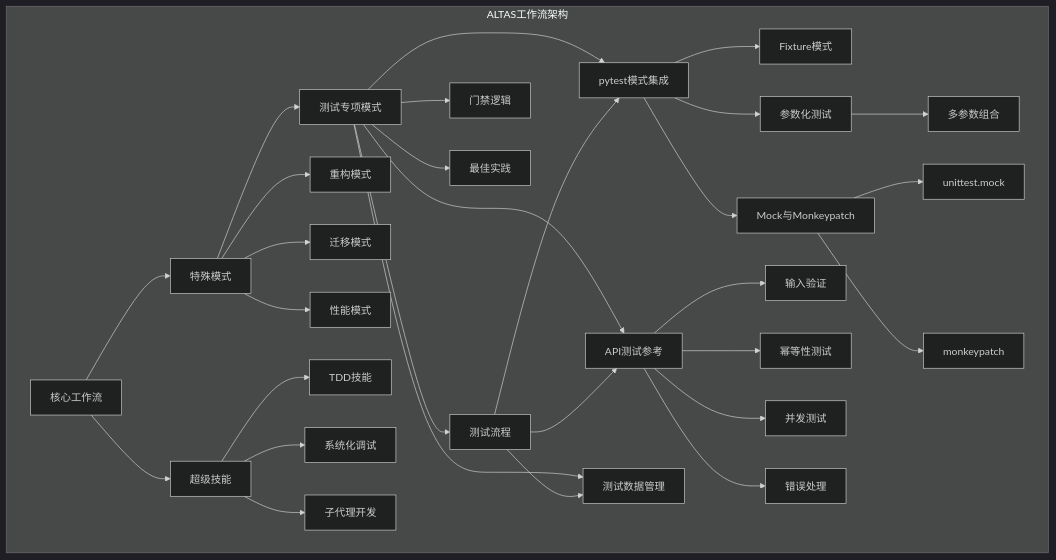
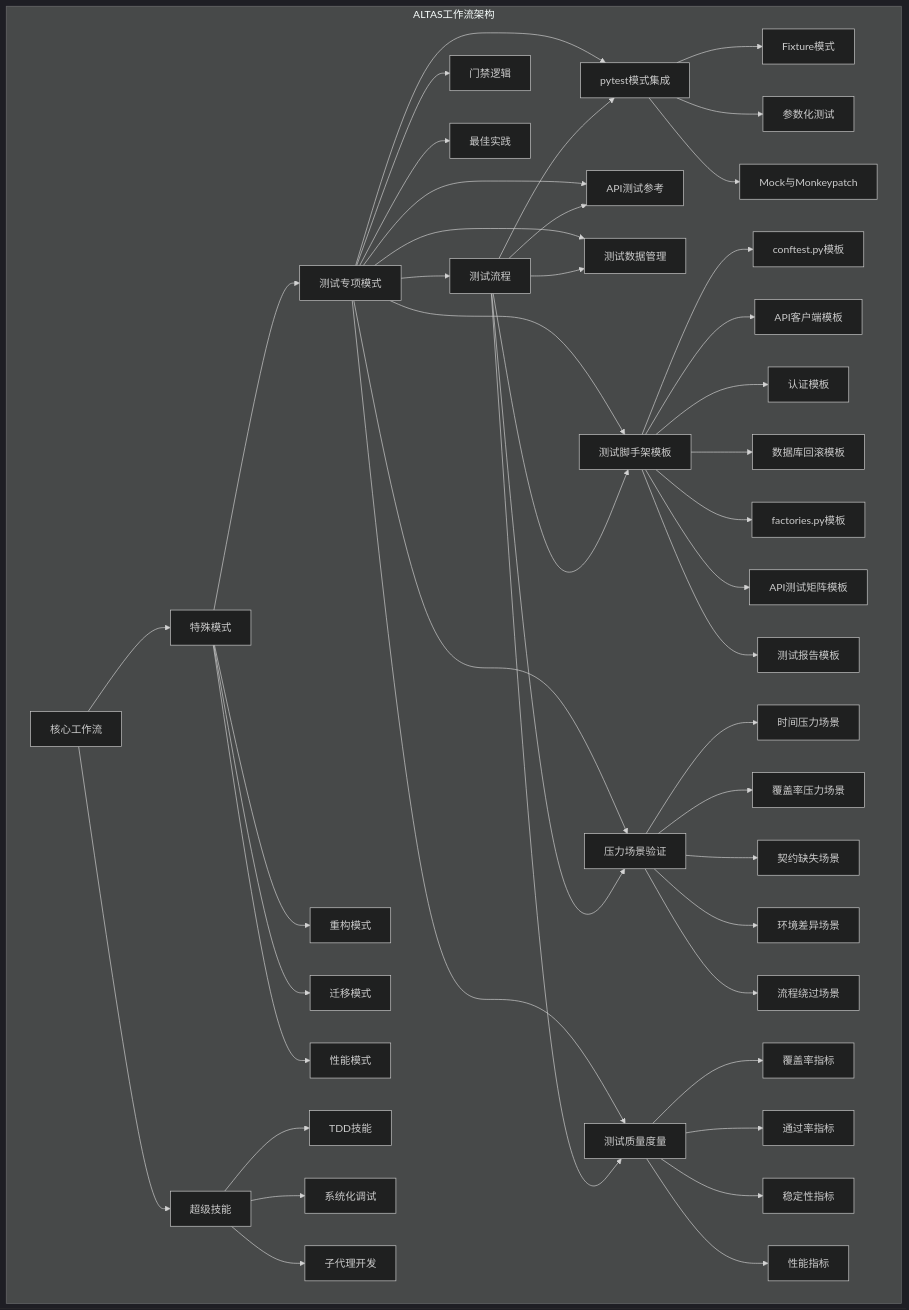
The first of 24 diagrams in .qoder/repowiki/zh/content/测试专项模式.md (AngelWings1997/altas), drawn with Mermaid (dark theme) before and after one commit. The commit also changed other lines of this file and 8 other files, not shown here.

````diff
--- a/.qoder/repowiki/zh/content/测试专项模式.md
+++ b/.qoder/repowiki/zh/content/测试专项模式.md
@@ -51,33 +66,48 @@
 ```mermaid
 graph TB
 subgraph "ALTAS工作流架构"
 A[核心工作流] --> B[特殊模式]
 A --> C[超级技能]
 B --> D[测试专项模式]
 B --> E[重构模式]
 B --> F[迁移模式]
 B --> G[性能模式]
 C --> H[TDD技能]
 C --> I[系统化调试]
 C --> J[子代理开发]
 D --> K[测试流程]
 D --> L[门禁逻辑]
 D --> M[最佳实践]
 D --> N[pytest模式集成]
 D --> O[API测试参考]
 D --> P[测试数据管理]
+D --> Q[测试脚手架模板]
+D --> R[压力场景验证]
+D --> S[测试质量度量]
 K --> N
 K --> O
 K --> P
-N --> Q[Fixture模式]
-N --> R[参数化测试]
-N --> S[Mock与Monkeypatch]
-R --> T[多参数组合]
-S --> U[unittest.mock]
-S --> V[monkeypatch]
-O --> W[输入验证]
-O --> X[幂等性测试]
-O --> Y[并发测试]
-O --> Z[错误处理]
+K --> Q
+K --> R
+K --> S
+N --> T[Fixture模式]
+N --> U[参数化测试]
+N --> V[Mock与Monkeypatch]
+Q --> W[conftest.py模板]
+Q --> X[API客户端模板]
+Q --> Y[认证模板]
+Q --> Z[数据库回滚模板]
+Q --> AA[factories.py模板]
+Q --> BB[API测试矩阵模板]
+Q --> CC[测试报告模板]
+R --> DD[时间压力场景]
+R --> EE[覆盖率压力场景]
+R --> FF[契约缺失场景]
+R --> GG[环境差异场景]
+R --> HH[流程绕过场景]
+S --> II[覆盖率指标]
+S --> JJ[通过率指标]
+S --> KK[稳定性指标]
+S --> LL[性能指标]
 end
 ```
````
